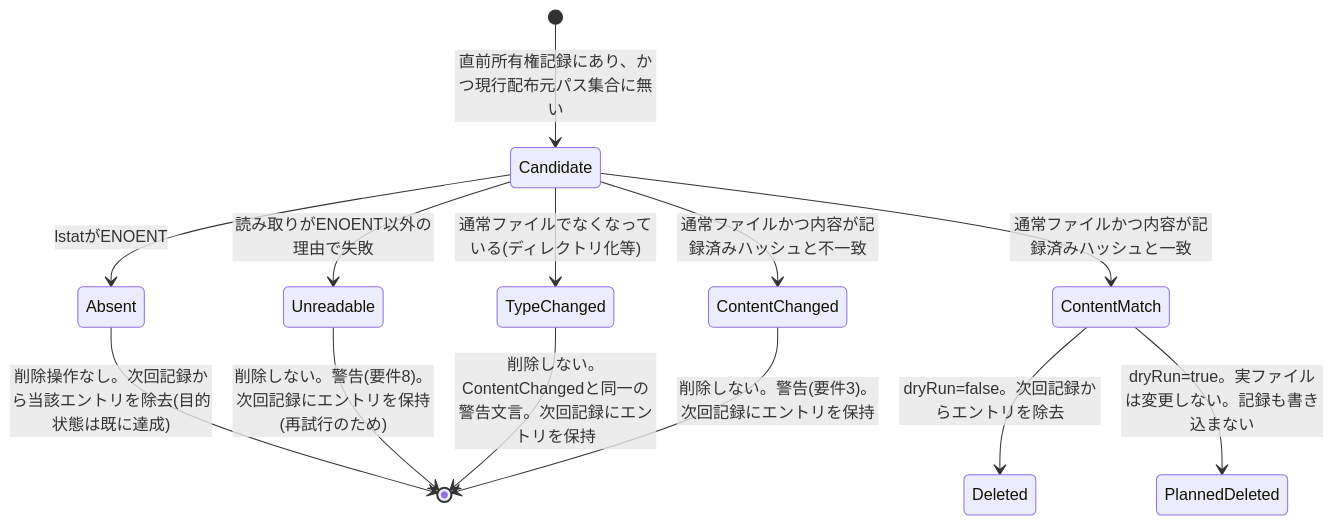
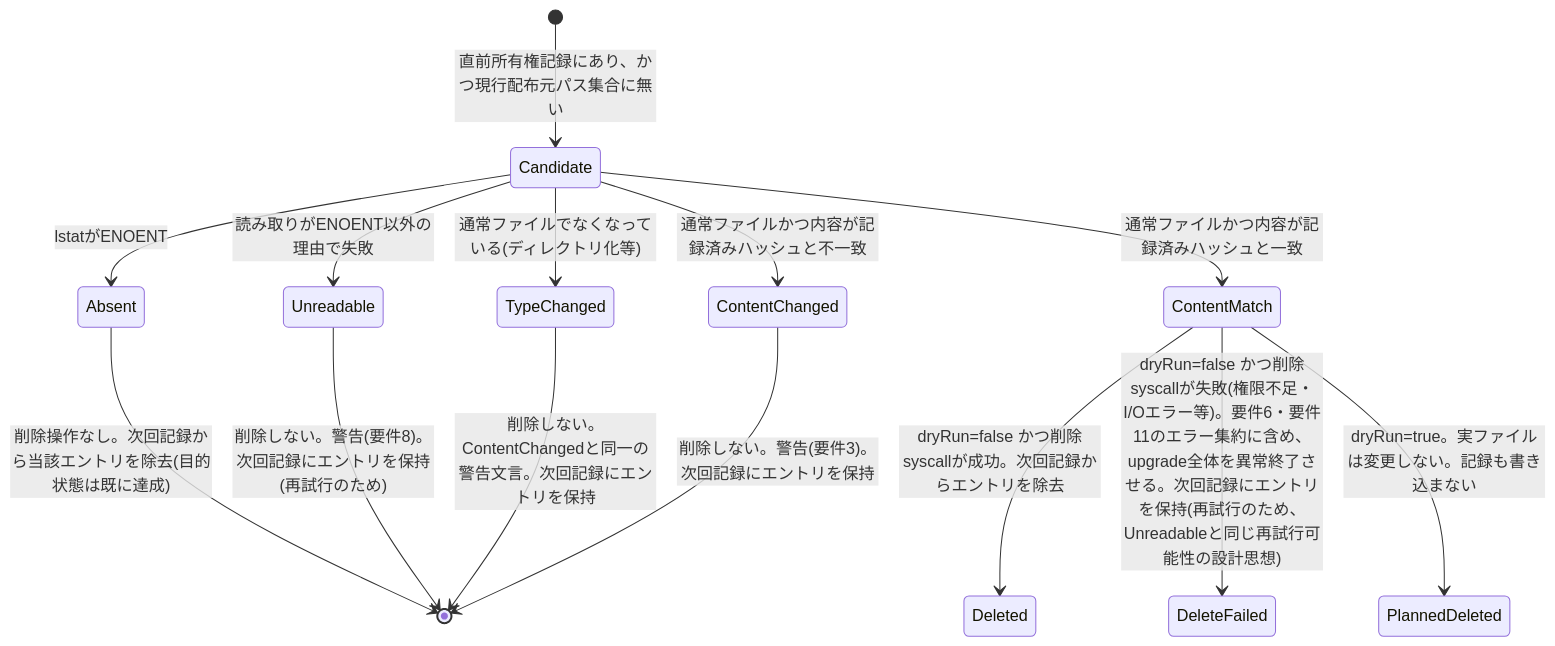
One commit to techbeansjp-free/AGENTS.md changed the second of 2 diagrams in DESIGN.md. Above: the diagram before and after it, drawn with Mermaid. The commit also changed other lines of this file and 2 other files, not shown here.

````diff
--- a/DESIGN.md
+++ b/DESIGN.md
@@ -49,15 +50,16 @@
 ```mermaid
 stateDiagram-v2
   [*] --> Candidate: 直前所有権記録にあり、かつ現行配布元パス集合に無い
   Candidate --> Absent: lstatがENOENT
   Candidate --> Unreadable: 読み取りがENOENT以外の理由で失敗
   Candidate --> TypeChanged: 通常ファイルでなくなっている(ディレクトリ化等)
   Candidate --> ContentMatch: 通常ファイルかつ内容が記録済みハッシュと一致
   Candidate --> ContentChanged: 通常ファイルかつ内容が記録済みハッシュと不一致
   Absent --> [*]: 削除操作なし。次回記録から当該エントリを除去(目的状態は既に達成)
   Unreadable --> [*]: 削除しない。警告(要件8)。次回記録にエントリを保持(再試行のため)
   TypeChanged --> [*]: 削除しない。ContentChangedと同一の警告文言。次回記録にエントリを保持
   ContentChanged --> [*]: 削除しない。警告(要件3)。次回記録にエントリを保持
-  ContentMatch --> Deleted: dryRun=false。次回記録からエントリを除去
+  ContentMatch --> Deleted: dryRun=false かつ削除syscallが成功。次回記録からエントリを除去
+  ContentMatch --> DeleteFailed: dryRun=false かつ削除syscallが失敗(権限不足・I/Oエラー等)。要件6・要件11のエラー集約に含め、upgrade全体を異常終了させる。次回記録にエントリを保持(再試行のため、Unreadableと同じ再試行可能性の設計思想)
   ContentMatch --> PlannedDeleted: dryRun=true。実ファイルは変更しない。記録も書き込まない
 ```
````
